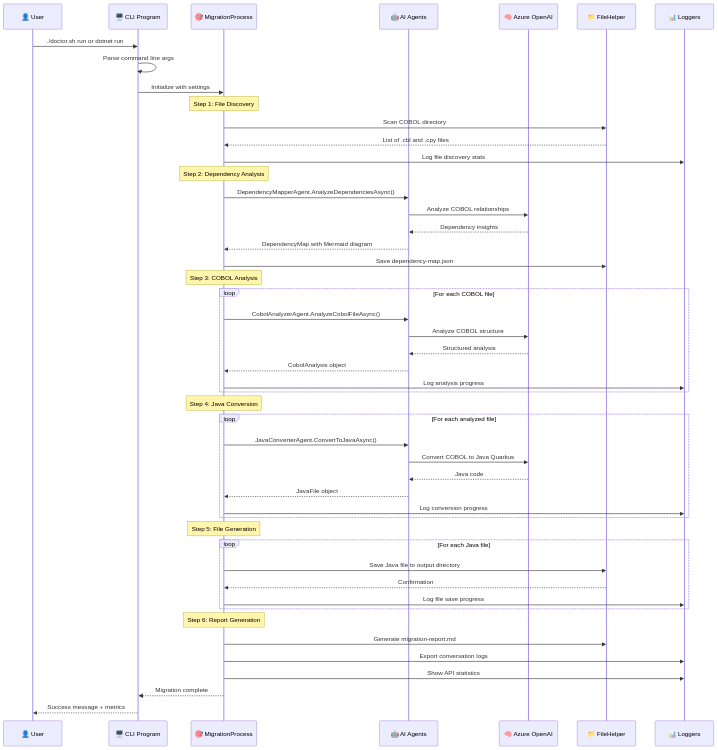
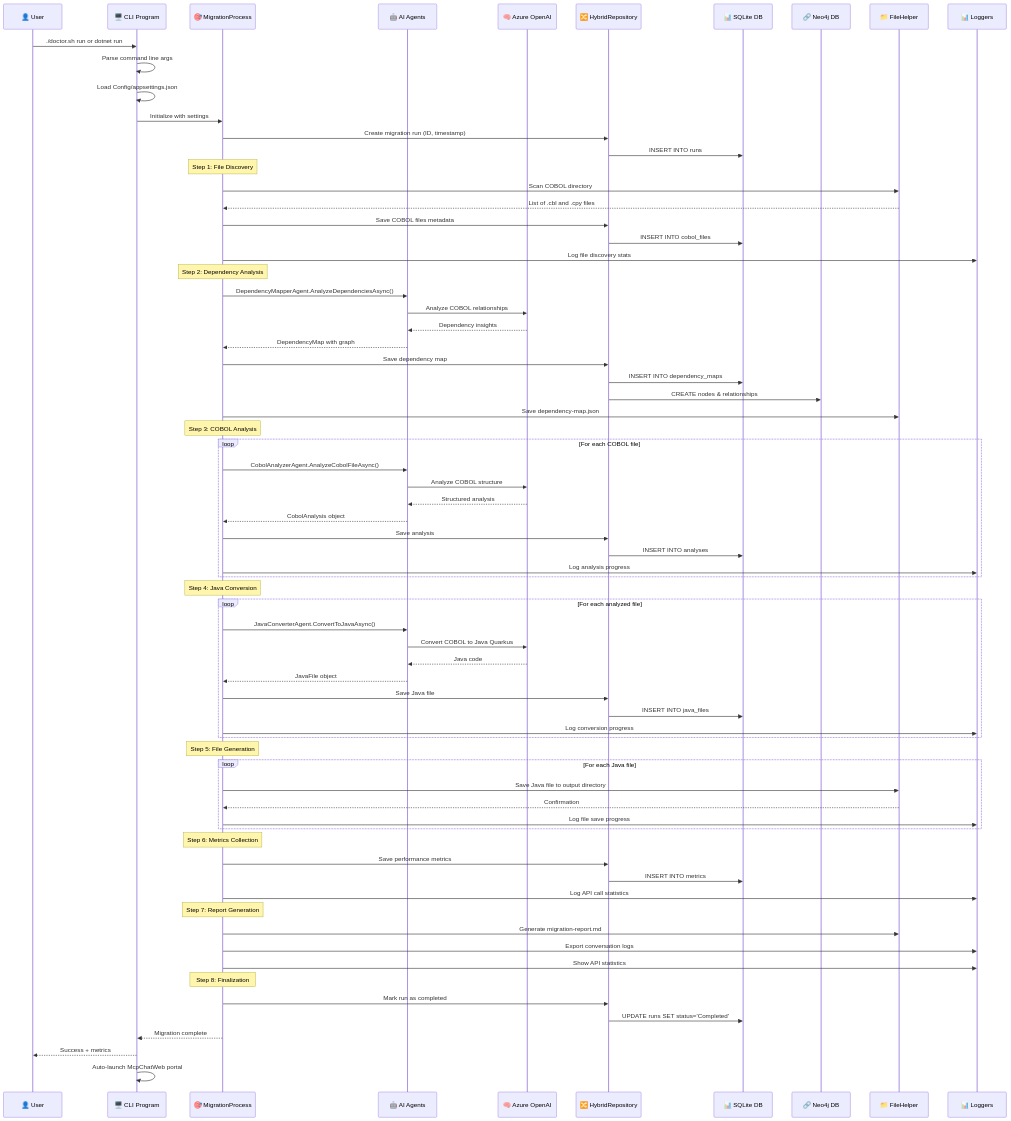
The fifth of 7 diagrams in README.md (Azure-Samples/Legacy-Modernization-Agents), drawn with Mermaid before and after one commit. The commit also changed other lines of this file and 54 other files, not shown here.

````diff
--- a/README.md
+++ b/README.md
@@ -159,23 +1257,34 @@
     participant Process as 🎯 MigrationProcess
     participant Agents as 🤖 AI Agents
     participant AI as 🧠 Azure OpenAI
+    participant Repo as 🔀 HybridRepository
+    participant SQLite as 📊 SQLite DB
+    participant Neo4j as 🔗 Neo4j DB
     participant Files as 📁 FileHelper
     participant Logs as 📊 Loggers
     
     User->>CLI: ./doctor.sh run or dotnet run
     CLI->>CLI: Parse command line args
+    CLI->>CLI: Load Config/appsettings.json
     CLI->>Process: Initialize with settings
+    Process->>Repo: Create migration run (ID, timestamp)
+    Repo->>SQLite: INSERT INTO runs
     
     Note over Process: Step 1: File Discovery
     Process->>Files: Scan COBOL directory
     Files-->>Process: List of .cbl and .cpy files
+    Process->>Repo: Save COBOL files metadata
+    Repo->>SQLite: INSERT INTO cobol_files
     Process->>Logs: Log file discovery stats
     
     Note over Process: Step 2: Dependency Analysis
     Process->>Agents: DependencyMapperAgent.AnalyzeDependenciesAsync()
     Agents->>AI: Analyze COBOL relationships
     AI-->>Agents: Dependency insights
-    Agents-->>Process: DependencyMap with Mermaid diagram
+    Agents-->>Process: DependencyMap with graph
+    Process->>Repo: Save dependency map
+    Repo->>SQLite: INSERT INTO dependency_maps
+    Repo->>Neo4j: CREATE nodes & relationships
     Process->>Files: Save dependency-map.json
     
     Note over Process: Step 3: COBOL Analysis
@@ -184,6 +1293,8 @@
         Agents->>AI: Analyze COBOL structure
         AI-->>Agents: Structured analysis
         Agents-->>Process: CobolAnalysis object
+        Process->>Repo: Save analysis
+        Repo->>SQLite: INSERT INTO analyses
         Process->>Logs: Log analysis progress
     end
     
@@ -193,6 +1304,8 @@
         Agents->>AI: Convert COBOL to Java Quarkus
         AI-->>Agents: Java code
         Agents-->>Process: JavaFile object
+        Process->>Repo: Save Java file
+        Repo->>SQLite: INSERT INTO java_files
         Process->>Logs: Log conversion progress
     end
     
@@ -203,10 +1316,20 @@
         Process->>Logs: Log file save progress
     end
     
-    Note over Process: Step 6: Report Generation
+    Note over Process: Step 6: Metrics Collection
+    Process->>Repo: Save performance metrics
+    Repo->>SQLite: INSERT INTO metrics
+    Process->>Logs: Log API call statistics
+    
+    Note over Process: Step 7: Report Generation
     Process->>Files: Generate migration-report.md
     Process->>Logs: Export conversation logs
     Process->>Logs: Show API statistics
+    
+    Note over Process: Step 8: Finalization
+    Process->>Repo: Mark run as completed
+    Repo->>SQLite: UPDATE runs SET status='Completed'
     Process-->>CLI: Migration complete
-    CLI-->>User: Success message + metrics
+    CLI-->>User: Success + metrics
+    CLI->>CLI: Auto-launch McpChatWeb portal
 ```
````
